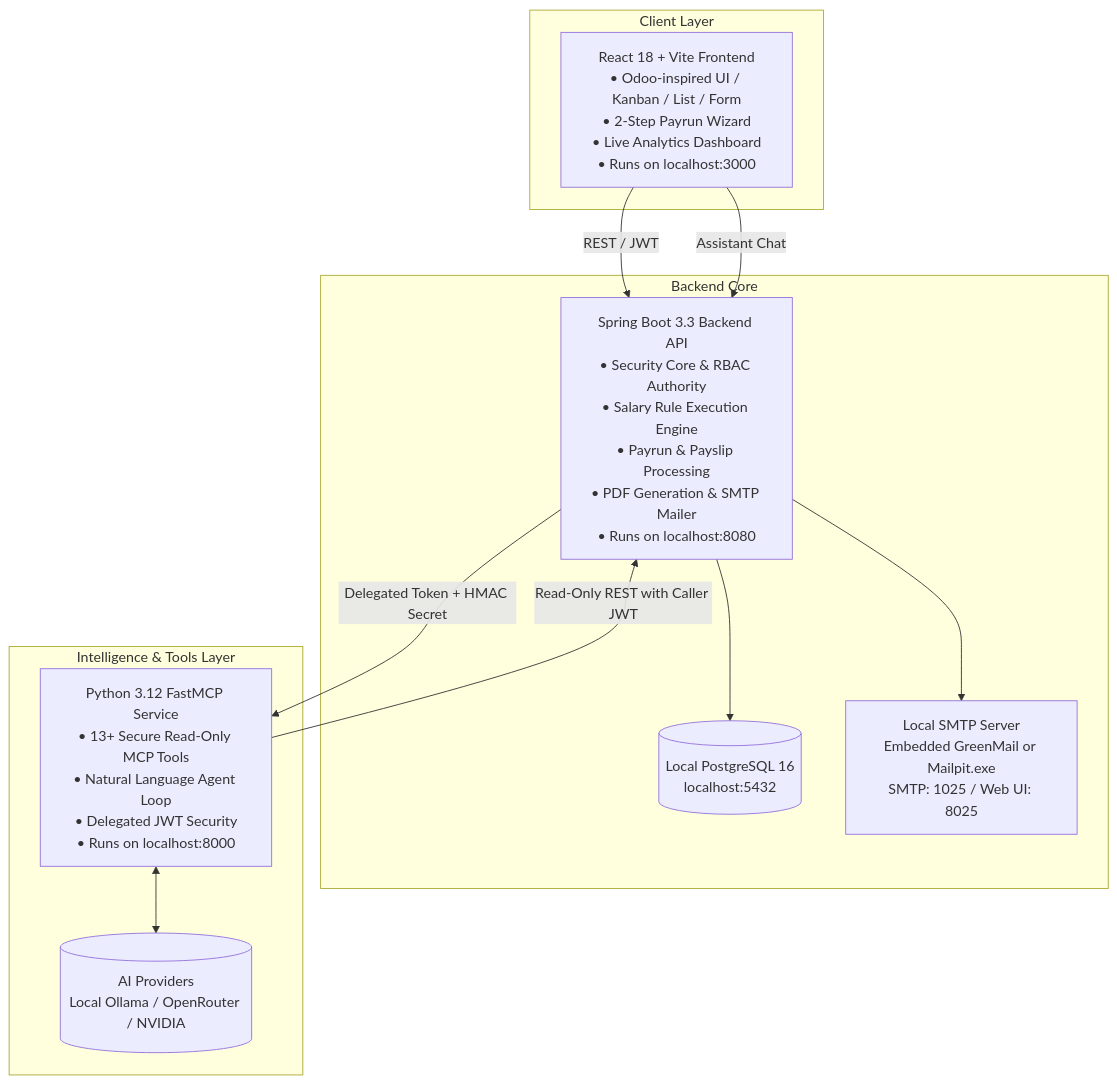
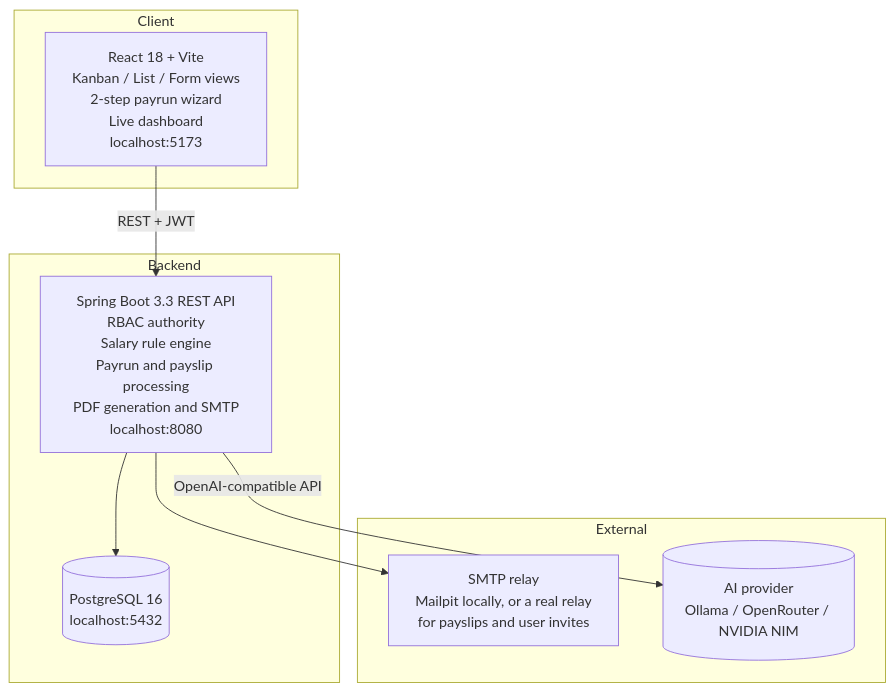
One commit to Piyushtanwani/PeoplePay360-HR-Payroll changed the diagram in README.md. Above: the diagram before and after it, drawn with Mermaid. The commit also changed other lines of this file, not shown here.

````diff
--- a/README.md
+++ b/README.md
@@ -14,25 +19,21 @@
 ```mermaid
 flowchart TD
-    subgraph Client Layer
-        FE[React 18 + Vite Frontend<br/>• Odoo-inspired UI / Kanban / List / Form<br/>• 2-Step Payrun Wizard<br/>• Live Analytics Dashboard<br/>• Runs on localhost:3000]
+    subgraph Client
+        FE["React 18 + Vite<br/>Kanban / List / Form views<br/>2-step payrun wizard<br/>Live dashboard<br/>localhost:5173"]
     end
 
-    subgraph Backend Core
-        BE[Spring Boot 3.3 Backend API<br/>• Security Core & RBAC Authority<br/>• Salary Rule Execution Engine<br/>• Payrun & Payslip Processing<br/>• PDF Generation & SMTP Mailer<br/>• Runs on localhost:8080]
-        DB[(Local PostgreSQL 16<br/>localhost:5432)]
-        MAIL[Local SMTP Server<br/>Embedded GreenMail or Mailpit.exe<br/>SMTP: 1025 / Web UI: 8025]
+    subgraph Backend
+        BE["Spring Boot 3.3 REST API<br/>RBAC authority<br/>Salary rule engine<br/>Payrun and payslip processing<br/>PDF generation and SMTP<br/>localhost:8080"]
+        DB[("PostgreSQL 16<br/>localhost:5432")]
     end
 
-    subgraph Intelligence & Tools Layer
-        MCP[Python 3.12 FastMCP Service<br/>• 13+ Secure Read-Only MCP Tools<br/>• Natural Language Agent Loop<br/>• Delegated JWT Security<br/>• Runs on localhost:8000]
-        LLM[(AI Providers<br/>Local Ollama / OpenRouter / NVIDIA)]
+    subgraph External
+        MAIL["SMTP relay<br/>Mailpit locally, or a real relay<br/>for payslips and user invites"]
+        LLM[("AI provider<br/>Ollama / OpenRouter / NVIDIA NIM")]
     end
 
-    FE -- REST / JWT --> BE
+    FE -- "REST + JWT" --> BE
     BE --> DB
     BE --> MAIL
-    FE -- Assistant Chat --> BE
-    BE -- Delegated Token + HMAC Secret --> MCP
-    MCP -- Read-Only REST with Caller JWT --> BE
-    MCP <--> LLM
+    BE -- "OpenAI-compatible API" --> LLM
 ```
````
